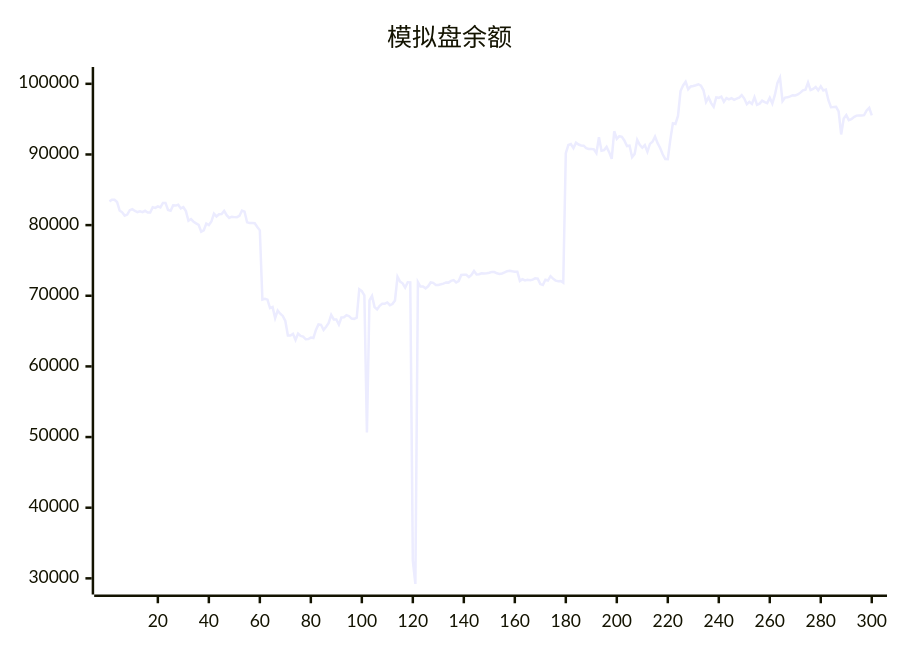
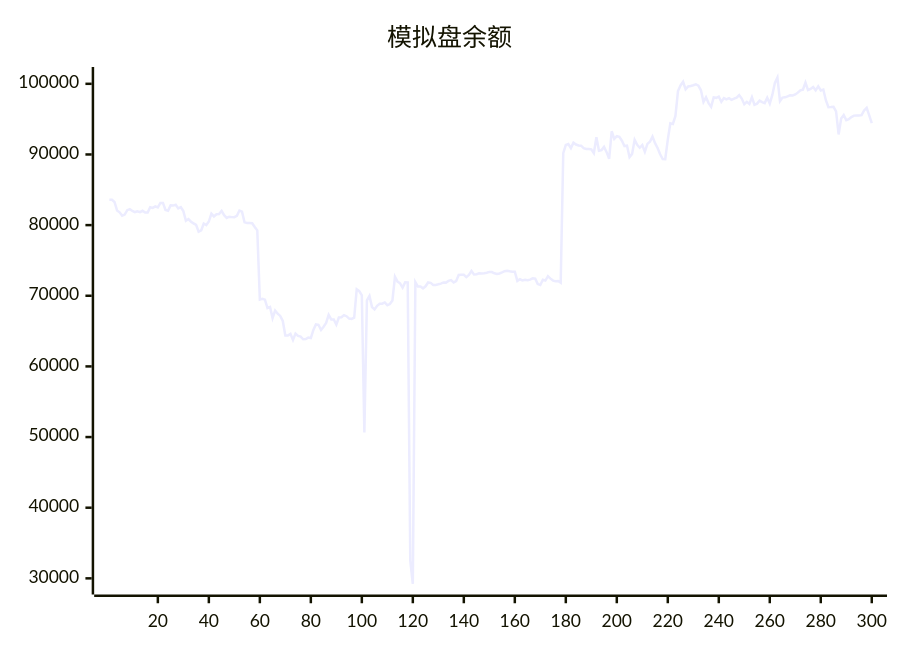
The diagram in README.md (aahl/ai-trading), drawn with Mermaid before and after one commit. The commit also changed other lines of this file and 1 other file, not shown here.

````diff
--- a/README.md
+++ b/README.md
@@ -5,5 +5,5 @@
 ```mermaid
 xychart
     title "模拟盘余额"
-    line [83365,83590,83592,83275,82072,81806,81344,81492,82109,82254,82006,81848,81955,81829,82022,81769,81776,82522,82441,82656,82498,83144,83144,82150,82038,82797,82763,82872,82367,82536,81981,80612,80862,80484,80242,80034,79063,79245,80226,80016,80507,81625,81233,81544,81578,82016,81401,81019,81186,81130,81118,81306,82066,81909,80392,80304,80291,80258,79729,79261,69466,69579,69456,68251,68415,66832,67911,67462,67144,66432,64380,64375,64606,63740,64647,64324,64216,63842,63877,64078,64008,65156,65945,65888,65157,65625,66144,67284,66653,66639,65924,66925,66956,67263,67108,66766,66729,66886,70927,70673,70049,50652,69334,69973,68400,68061,68578,68876,68879,69055,68662,68822,69329,72687,71999,71760,71162,71911,71896,32500,29218,71927,71297,71305,71044,71337,71883,71822,71536,71536,71622,71723,71880,71860,72100,72216,71887,72077,72940,72976,72966,72638,72948,73497,73004,73041,73173,73160,73186,73258,73375,73351,73173,73098,73161,73305,73474,73536,73457,73413,73412,72100,72333,72164,72272,72204,72285,72461,72421,71652,71521,72267,72157,72774,72424,72144,72060,72091,71858,90185,91338,91466,90900,91678,91404,91268,91244,90903,90779,90787,90721,90187,92429,90518,90619,91070,90328,89376,93286,92202,92581,92485,91947,91196,91259,89619,90086,92063,91355,90950,91327,90373,91498,91800,92531,91603,90910,90031,89351,89334,92097,94406,94315,95455,98972,99763,100286,99229,99622,99701,99805,99938,99738,99082,97430,98094,97267,96741,98081,98013,98194,97447,97983,97789,97969,97729,97911,98043,98405,97912,97120,97448,97154,98095,97021,97190,97616,97402,97263,98035,97210,98424,100120,100876,97552,98049,98085,98228,98388,98342,98488,98750,99086,99181,100188,99107,99272,99553,99072,99636,99061,99186,97674,96679,96704,96743,96096,92830,95088,95560,94866,94995,95295,95497,95531,95527,95559,96236,96597,95538]
+    line [83590,83592,83275,82072,81806,81344,81492,82109,82254,82006,81848,81955,81829,82022,81769,81776,82522,82441,82656,82498,83144,83144,82150,82038,82797,82763,82872,82367,82536,81981,80612,80862,80484,80242,80034,79063,79245,80226,80016,80507,81625,81233,81544,81578,82016,81401,81019,81186,81130,81118,81306,82066,81909,80392,80304,80291,80258,79729,79261,69466,69579,69456,68251,68415,66832,67911,67462,67144,66432,64380,64375,64606,63740,64647,64324,64216,63842,63877,64078,64008,65156,65945,65888,65157,65625,66144,67284,66653,66639,65924,66925,66956,67263,67108,66766,66729,66886,70927,70673,70049,50652,69334,69973,68400,68061,68578,68876,68879,69055,68662,68822,69329,72687,71999,71760,71162,71911,71896,32500,29218,71927,71297,71305,71044,71337,71883,71822,71536,71536,71622,71723,71880,71860,72100,72216,71887,72077,72940,72976,72966,72638,72948,73497,73004,73041,73173,73160,73186,73258,73375,73351,73173,73098,73161,73305,73474,73536,73457,73413,73412,72100,72333,72164,72272,72204,72285,72461,72421,71652,71521,72267,72157,72774,72424,72144,72060,72091,71858,90185,91338,91466,90900,91678,91404,91268,91244,90903,90779,90787,90721,90187,92429,90518,90619,91070,90328,89376,93286,92202,92581,92485,91947,91196,91259,89619,90086,92063,91355,90950,91327,90373,91498,91800,92531,91603,90910,90031,89351,89334,92097,94406,94315,95455,98972,99763,100286,99229,99622,99701,99805,99938,99738,99082,97430,98094,97267,96741,98081,98013,98194,97447,97983,97789,97969,97729,97911,98043,98405,97912,97120,97448,97154,98095,97021,97190,97616,97402,97263,98035,97210,98424,100120,100876,97552,98049,98085,98228,98388,98342,98488,98750,99086,99181,100188,99107,99272,99553,99072,99636,99061,99186,97674,96679,96704,96743,96096,92830,95088,95560,94866,94995,95295,95497,95531,95527,95559,96236,96597,95538,94422]
 ```
````
